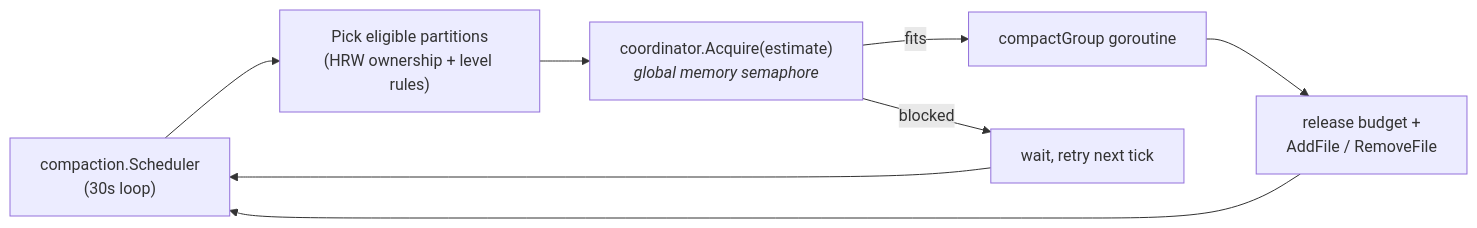
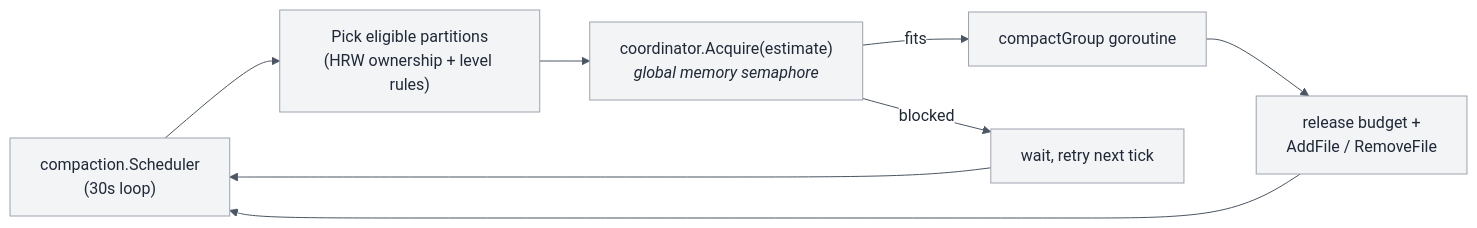
The fifth of 10 diagrams in docs/architecture/performance-machinery.md (ReliablyObserve/victoria-lakehouse), drawn with Mermaid before and after one commit. The commit also changed other lines of this file, not shown here.

First line of the commit message:
docs(perf): force explicit colors so Mermaid diagrams read in dark mode

````diff
--- a/docs/architecture/performance-machinery.md
+++ b/docs/architecture/performance-machinery.md
@@ -552,10 +556,11 @@
 ```mermaid
+%%{init: {'theme':'base', 'themeVariables':{'fontFamily':'-apple-system,BlinkMacSystemFont,Segoe UI,Roboto,sans-serif','primaryColor':'#f3f4f6','primaryTextColor':'#1f2937','primaryBorderColor':'#9ca3af','lineColor':'#4b5563','secondaryColor':'#e5e7eb','tertiaryColor':'#f9fafb','background':'#ffffff','mainBkg':'#f3f4f6','clusterBkg':'#f9fafb','clusterBorder':'#9ca3af','edgeLabelBackground':'#ffffff','textColor':'#1f2937'}}}%%
 flowchart LR
     Sched["compaction.Scheduler<br/>(30s loop)"] --> Pick["Pick eligible partitions<br/>(HRW ownership + level rules)"]
     Pick --> Acquire["coordinator.Acquire(estimate)<br/><i>global memory semaphore</i>"]
     Acquire -->|fits| Run["compactGroup goroutine"]
     Acquire -->|blocked| Wait["wait, retry next tick"]
     Run --> Done["release budget +<br/>AddFile / RemoveFile"]
     Wait --> Sched
     Done --> Sched
 ```
````
